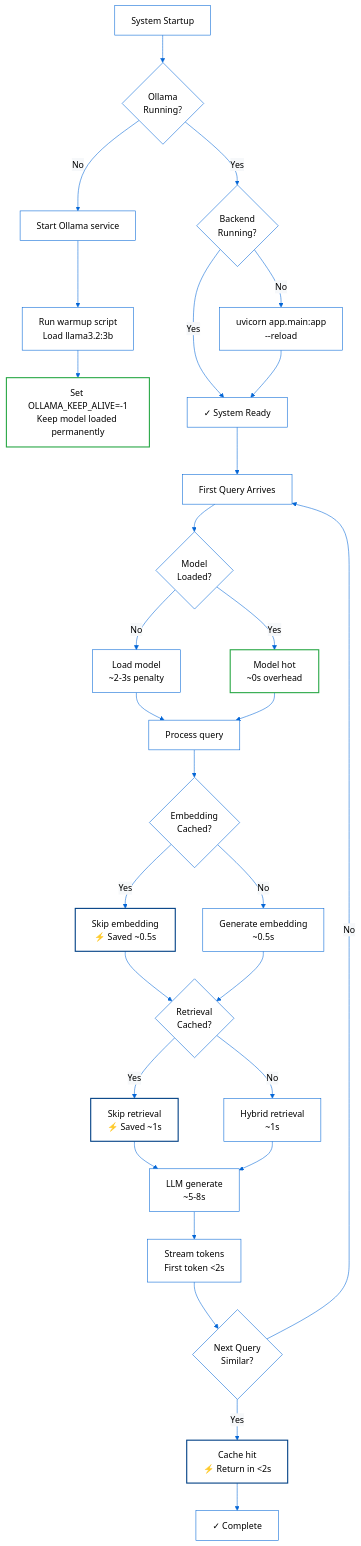
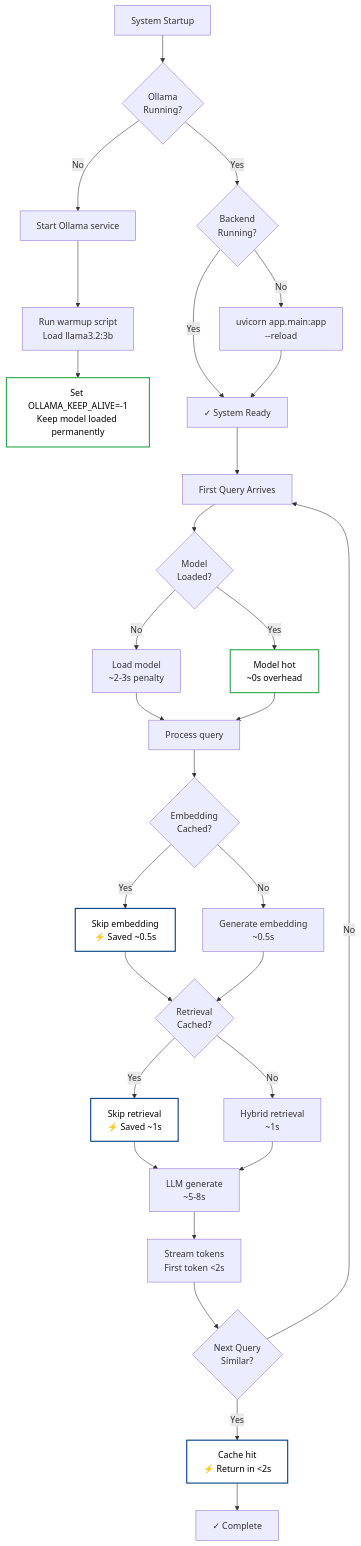
The fifth of 5 diagrams in README.md (arpan1221/Foldex), drawn with Mermaid before and after one commit. The commit also changed other lines of this file and 1 other file, not shown here.

````diff
--- a/README.md
+++ b/README.md
@@ -271,58 +272,57 @@
 ```mermaid
-%%{init: {'theme':'base', 'themeVariables': { 'primaryColor':'#ffffff', 'primaryTextColor':'#000000', 'primaryBorderColor':'#0366d6', 'lineColor':'#0366d6', 'secondaryColor':'#f6f8fa', 'tertiaryColor':'#ffffff'}}}%%
 flowchart TD
     Start[System Startup] --> Check1{Ollama<br/>Running?}
     
     Check1 -->|No| StartOllama[Start Ollama service]
     Check1 -->|Yes| Check2
     
     StartOllama --> Warmup[Run warmup script<br/>Load llama3.2:3b]
     
     Warmup --> SetKeepAlive[Set OLLAMA_KEEP_ALIVE=-1<br/>Keep model loaded permanently]
     
     Check2{Backend<br/>Running?}
     
     Check2 -->|No| StartBackend[uvicorn app.main:app<br/>--reload]
     Check2 -->|Yes| Ready
     
     StartBackend --> Ready[✓ System Ready]
     
     Ready --> FirstQuery[First Query Arrives]
     
     FirstQuery --> ModelCheck{Model<br/>Loaded?}
     
     ModelCheck -->|No| Load[Load model<br/>~2-3s penalty]
     ModelCheck -->|Yes| Hot[Model hot<br/>~0s overhead]
     
     Load --> Process
     Hot --> Process[Process query]
     
     Process --> EmbedCheck{Embedding<br/>Cached?}
     
     EmbedCheck -->|Yes| SkipEmbed[Skip embedding<br/>⚡ Saved ~0.5s]
     EmbedCheck -->|No| GenEmbed[Generate embedding<br/>~0.5s]
     
     SkipEmbed --> RetCheck
     GenEmbed --> RetCheck{Retrieval<br/>Cached?}
     
     RetCheck -->|Yes| SkipRet[Skip retrieval<br/>⚡ Saved ~1s]
     RetCheck -->|No| DoRet[Hybrid retrieval<br/>~1s]
     
     SkipRet --> Generate
     DoRet --> Generate[LLM generate<br/>~5-8s]
     
     Generate --> Stream[Stream tokens<br/>First token <2s]
     
     Stream --> NextQuery{Next Query<br/>Similar?}
     
     NextQuery -->|Yes| CacheHit[Cache hit<br/>⚡ Return in <2s]
     NextQuery -->|No| FirstQuery
     
     CacheHit --> Done[✓ Complete]
     
     style Hot fill:#ffffff,stroke:#28a745,stroke-width:2px,color:#000000
     style SkipEmbed fill:#ffffff,stroke:#004085,stroke-width:2px,color:#000000
     style SkipRet fill:#ffffff,stroke:#004085,stroke-width:2px,color:#000000
     style CacheHit fill:#ffffff,stroke:#004085,stroke-width:2px,color:#000000
     style SetKeepAlive fill:#ffffff,stroke:#28a745,stroke-width:2px,color:#000000
 ```
````
